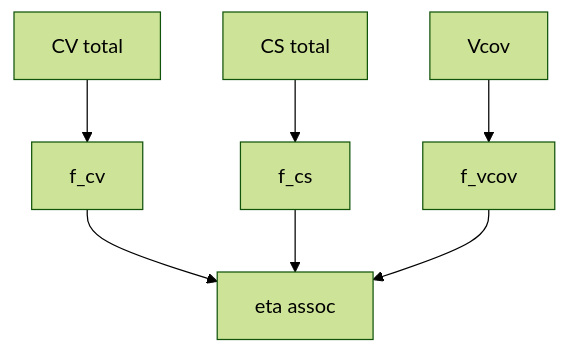
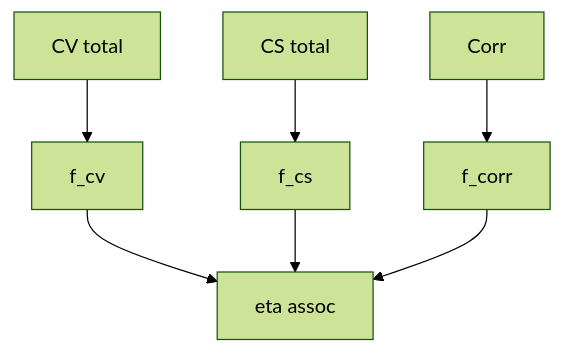
Before and after one commit to trinhdhk/joinme: the first of 2 diagrams in vignettes/joinme-associations.qmd, drawn with Mermaid (forest theme). The commit also changed other lines of this file and 76 other files, not shown here.

````diff
--- a/vignettes/joinme-associations.qmd
+++ b/vignettes/joinme-associations.qmd
@@ -214,10 +226,10 @@
 ```{mermaid}
 %%| fig-cap: "Association components mapped into the survival predictor."
 graph TD
   CV[CV total] --> FCV[f_cv]
   CS[CS total] --> FCS[f_cs]
-  V[Vcov] --> FVCOV[f_vcov]
+  V[Corr] --> FCORR[f_corr]
   FCV --> ETA[eta assoc]
   FCS --> ETA
-  FVCOV --> ETA
+  FCORR --> ETA
 ```
````
